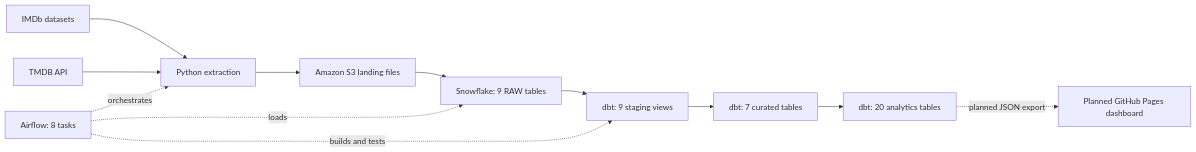
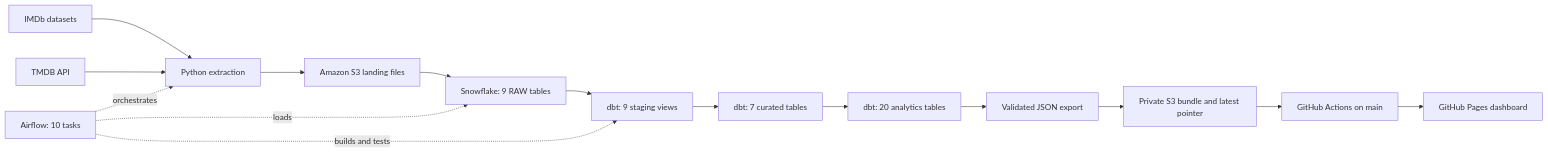
The diagram in README.md (ishuapurva1996/movie-analytics-pipeline), drawn with Mermaid before and after one commit. The commit also changed other lines of this file and 15 other files, not shown here.

Commit message:
feat(dashboard): add responsive movie observatory and Pages delivery

````diff
--- a/README.md
+++ b/README.md
@@ -19,14 +19,17 @@
 ```mermaid
 flowchart LR
     IMDb[IMDb datasets] --> Python[Python extraction]
     TMDB[TMDB API] --> Python
     Python --> S3[Amazon S3 landing files]
     S3 --> RAW[Snowflake: 9 RAW tables]
     RAW --> Staging[dbt: 9 staging views]
     Staging --> Curated[dbt: 7 curated tables]
     Curated --> Marts[dbt: 20 analytics tables]
-    Airflow[Airflow: 8 tasks] -. orchestrates .-> Python
+    Airflow[Airflow: 10 tasks] -. orchestrates .-> Python
     Airflow -. loads .-> RAW
     Airflow -. builds and tests .-> Staging
-    Marts -. planned JSON export .-> Pages[Planned GitHub Pages dashboard]
+    Marts --> Export[Validated JSON export]
+    Export --> Private[Private S3 bundle and latest pointer]
+    Private --> Actions[GitHub Actions on main]
+    Actions --> Pages[GitHub Pages dashboard]
 ```
````
